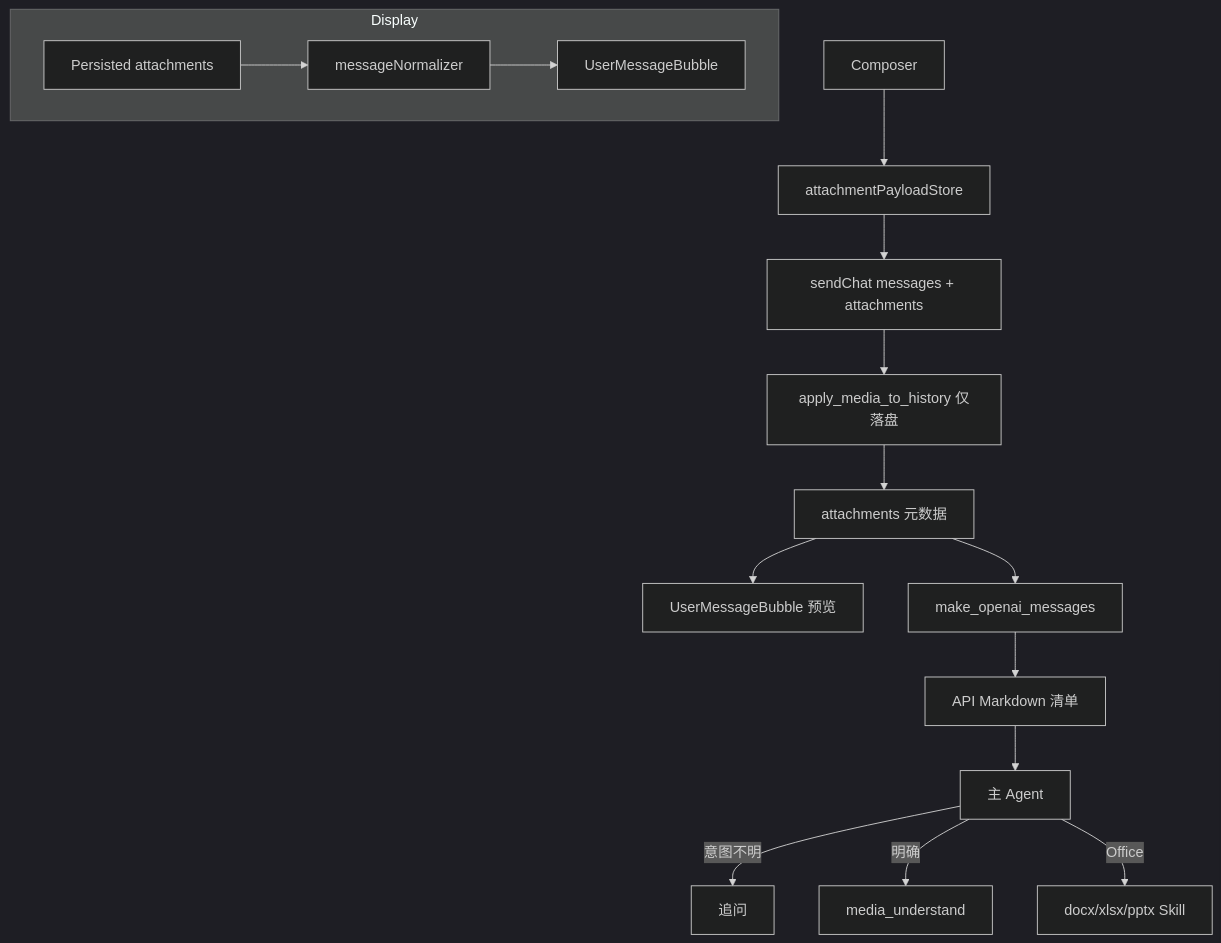
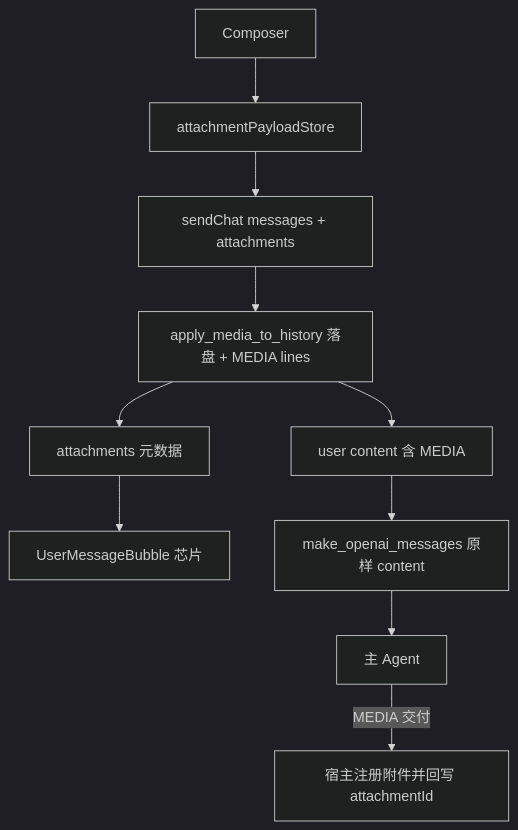
One commit to chinphing/agent-pointer changed the first of 2 diagrams in docs/design/multimedia-support.md. Above: the diagram before and after it, drawn with Mermaid (dark theme). The commit also changed other lines of this file and 17 other files, not shown here.

First line of the commit message:
feat(media): persist MEDIA:?attachmentId= and fix Chinese rewrite panics

````diff
--- a/docs/design/multimedia-support.md
+++ b/docs/design/multimedia-support.md
@@ -23,19 +23,12 @@
 ```mermaid
 flowchart TD
     Composer[Composer] --> PayloadStore[attachmentPayloadStore]
     PayloadStore --> Send[sendChat messages + attachments]
-    Send --> Apply[apply_media_to_history 仅落盘]
+    Send --> Apply[apply_media_to_history 落盘 + MEDIA lines]
     Apply --> Attachments[attachments 元数据]
-    Attachments --> UI[UserMessageBubble 预览]
-    Attachments --> MakeOpenAI[make_openai_messages]
-    MakeOpenAI --> Manifest[API Markdown 清单]
-    Manifest --> Agent[主 Agent]
-    Agent -->|意图不明| Clarify[追问]
-    Agent -->|明确| MediaUnderstand[media_understand]
-    Agent -->|Office| OfficeSkill[docx/xlsx/pptx Skill]
-
-    subgraph display [Display]
-        Persisted[Persisted attachments] --> Normalizer[messageNormalizer]
-        Normalizer --> Bubble[UserMessageBubble]
-    end
+    Apply --> Content[user content 含 MEDIA]
+    Attachments --> UI[UserMessageBubble 芯片]
+    Content --> MakeOpenAI[make_openai_messages 原样 content]
+    MakeOpenAI --> Agent[主 Agent]
+    Agent -->|MEDIA 交付| Host[宿主注册附件并回写 attachmentId]
 ```
````
